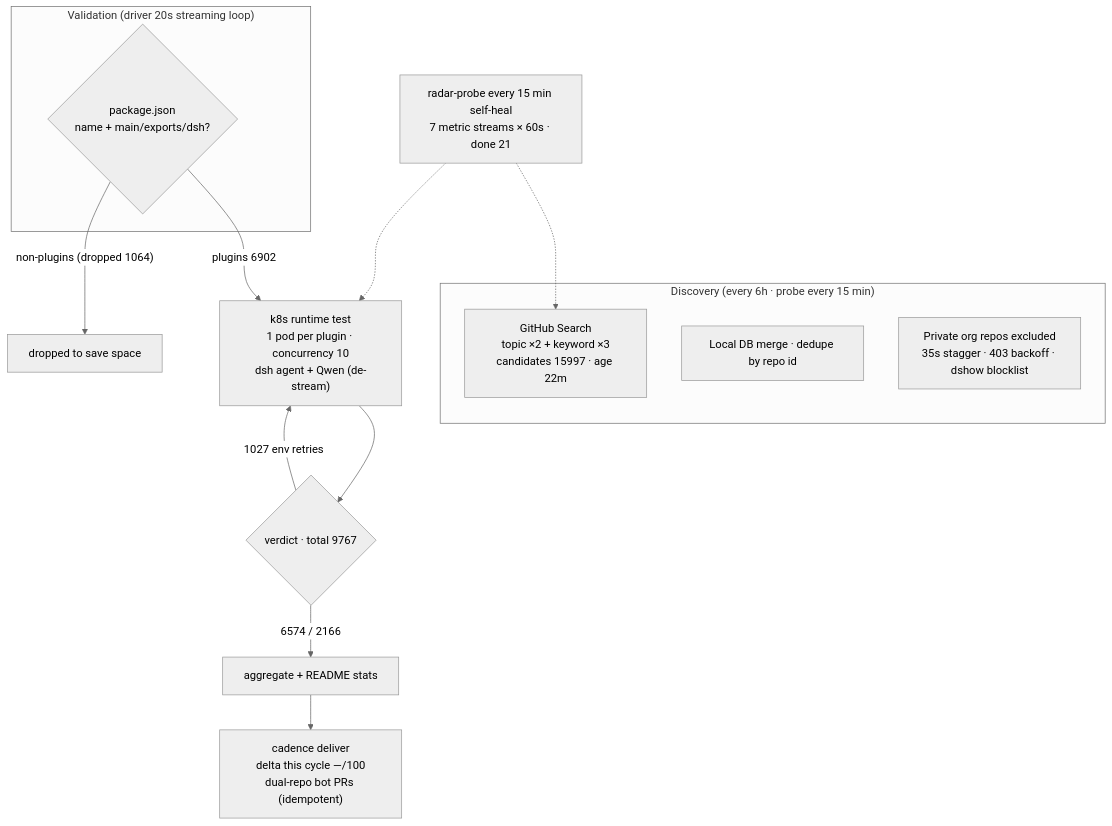
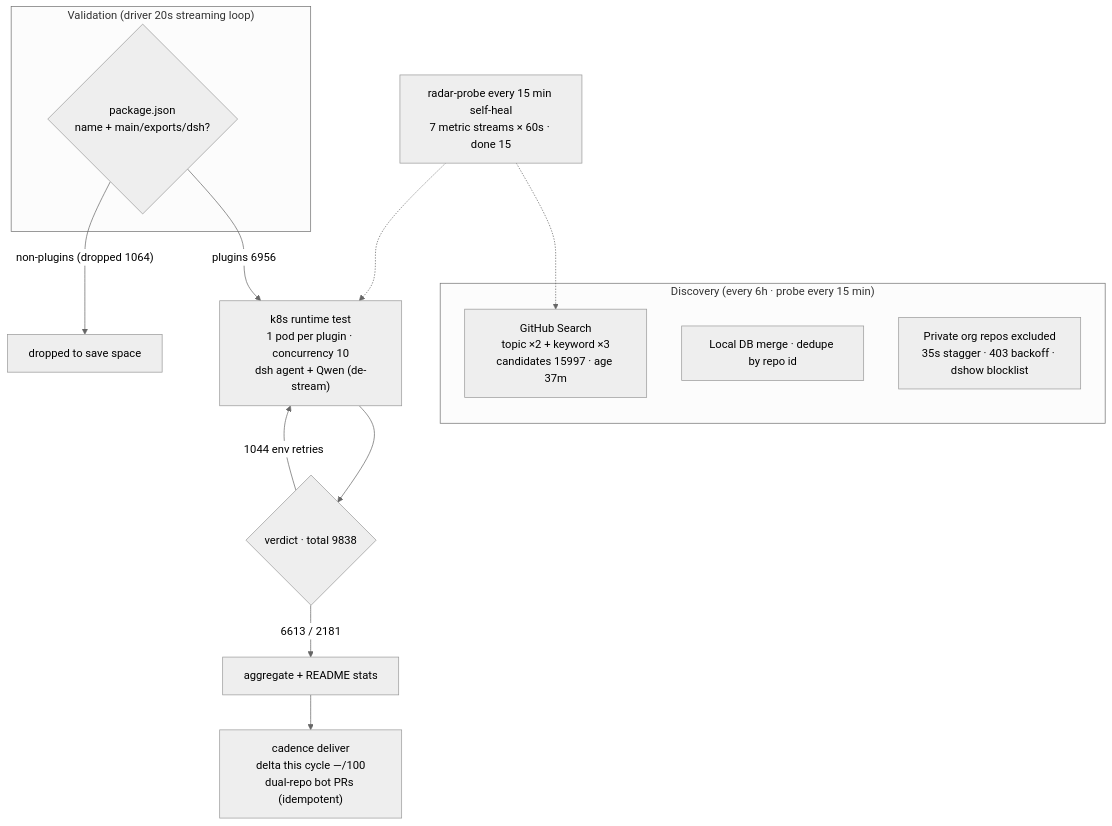
Before and after one commit to AdamPlatin123/awesome-dsh-plugins: the diagram in README.en-US.md, drawn with Mermaid (neutral theme). The commit also changed other lines of this file and 4 other files, not shown here.

````diff
--- a/README.en-US.md
+++ b/README.en-US.md
@@ -30,20 +30,20 @@
 ```mermaid
 flowchart TB
     subgraph Discovery["Discovery (every 6h · probe every 15 min)"]
-        A1["GitHub Search<br/>topic ×2 + keyword ×3<br/>candidates 15997 · age 22m"]
+        A1["GitHub Search<br/>topic ×2 + keyword ×3<br/>candidates 15997 · age 37m"]
         A2["Local DB merge · dedupe by repo id"]
         A3["Private org repos excluded<br/>35s stagger · 403 backoff · dshow blocklist"]
     end
     subgraph Validation["Validation (driver 20s streaming loop)"]
         B1{"package.json<br/>name + main/exports/dsh?"}
     end
-    B1 -->|"plugins 6902"| C1["k8s runtime test<br/>1 pod per plugin · concurrency 10<br/>dsh agent + Qwen (de-stream)"]
+    B1 -->|"plugins 6956"| C1["k8s runtime test<br/>1 pod per plugin · concurrency 10<br/>dsh agent + Qwen (de-stream)"]
     B1 -->|"non-plugins (dropped 1064)"| B3["dropped to save space"]
-    C1 --> D1{"verdict · total 9767"}
-    D1 -->|"6574 / 2166"| E1["aggregate + README stats"]
-    D1 -->|"1027 env retries"| C1
+    C1 --> D1{"verdict · total 9838"}
+    D1 -->|"6613 / 2181"| E1["aggregate + README stats"]
+    D1 -->|"1044 env retries"| C1
     E1 --> E2["cadence deliver<br/>delta this cycle —/100<br/>dual-repo bot PRs (idempotent)"]
-    M["radar-probe every 15 min self-heal<br/>7 metric streams × 60s · done 21"]
+    M["radar-probe every 15 min self-heal<br/>7 metric streams × 60s · done 15"]
     M -.-> A1
     M -.-> C1
 ```
````
